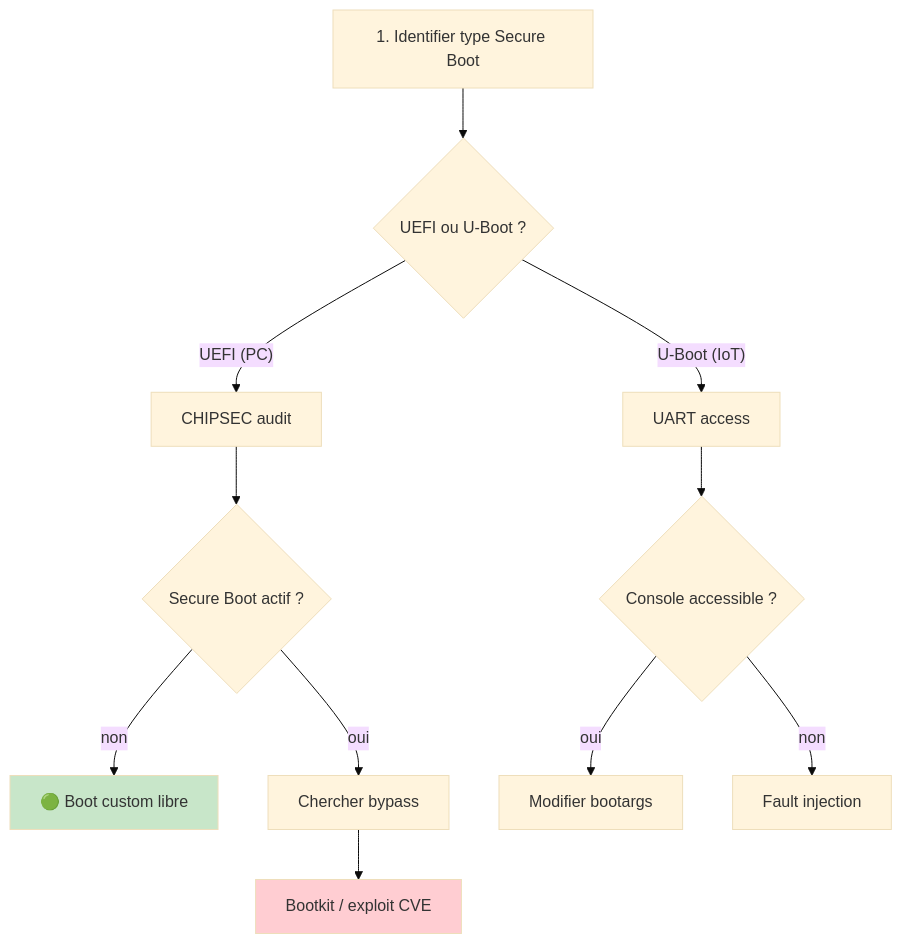
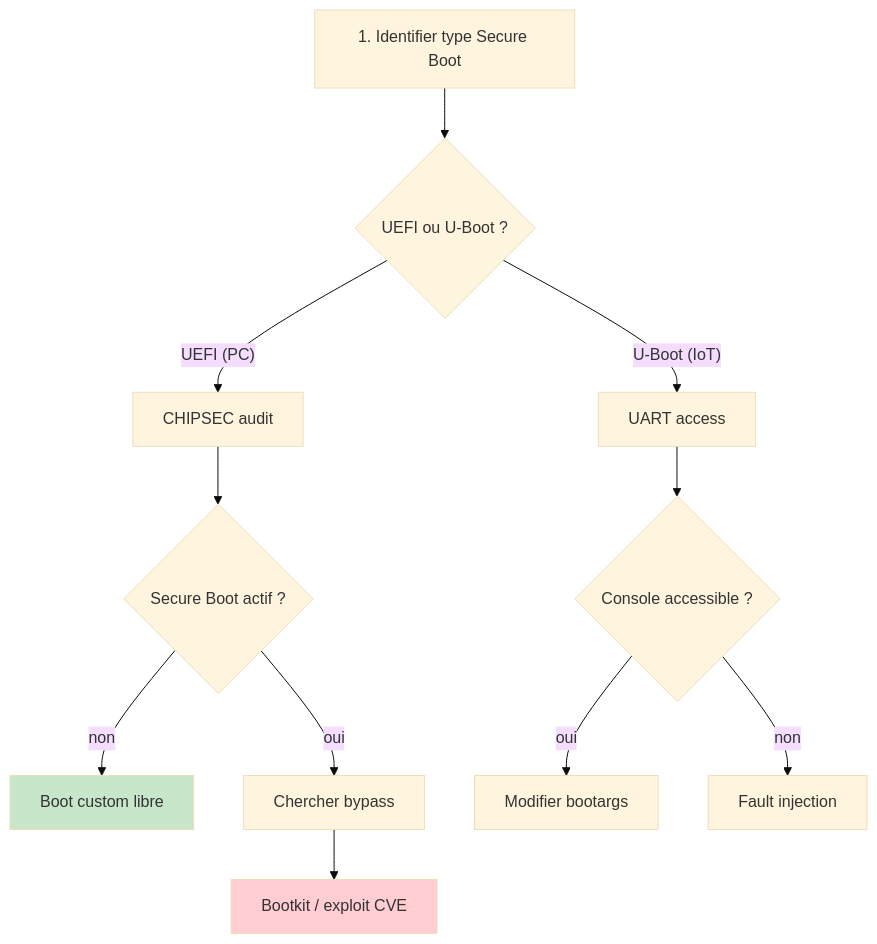
The fourth of 6 diagrams in public/offsidian/vault/Cybersécurité Offensive/Techniques/Hardware - Secure Boot.md (F0X-hack/foxhack.fr), drawn with Mermaid (base theme) before and after one commit. The commit also changed other lines of this file and 369 other files, not shown here.

````diff
--- a/public/offsidian/vault/Cybersécurité Offensive/Techniques/Hardware - Secure Boot.md
+++ b/public/offsidian/vault/Cybersécurité Offensive/Techniques/Hardware - Secure Boot.md
@@ -305,15 +305,15 @@
 ```mermaid
 flowchart TB
     A["1. Identifier type Secure Boot"] --> B{"UEFI ou U-Boot ?"}
     B -->|"UEFI (PC)"| C["CHIPSEC audit"]
     B -->|"U-Boot (IoT)"| D["UART access"]
     C --> E{"Secure Boot actif ?"}
-    E -->|"non"| F["🟢 Boot custom libre"]
+    E -->|"non"| F["Boot custom libre"]
     E -->|"oui"| G["Chercher bypass"]
     D --> H{"Console accessible ?"}
     H -->|"oui"| I["Modifier bootargs"]
     H -->|"non"| J["Fault injection"]
     G --> K["Bootkit / exploit CVE"]
     style F fill:#c8e6c9
     style K fill:#ffcdd2
 ```
````
